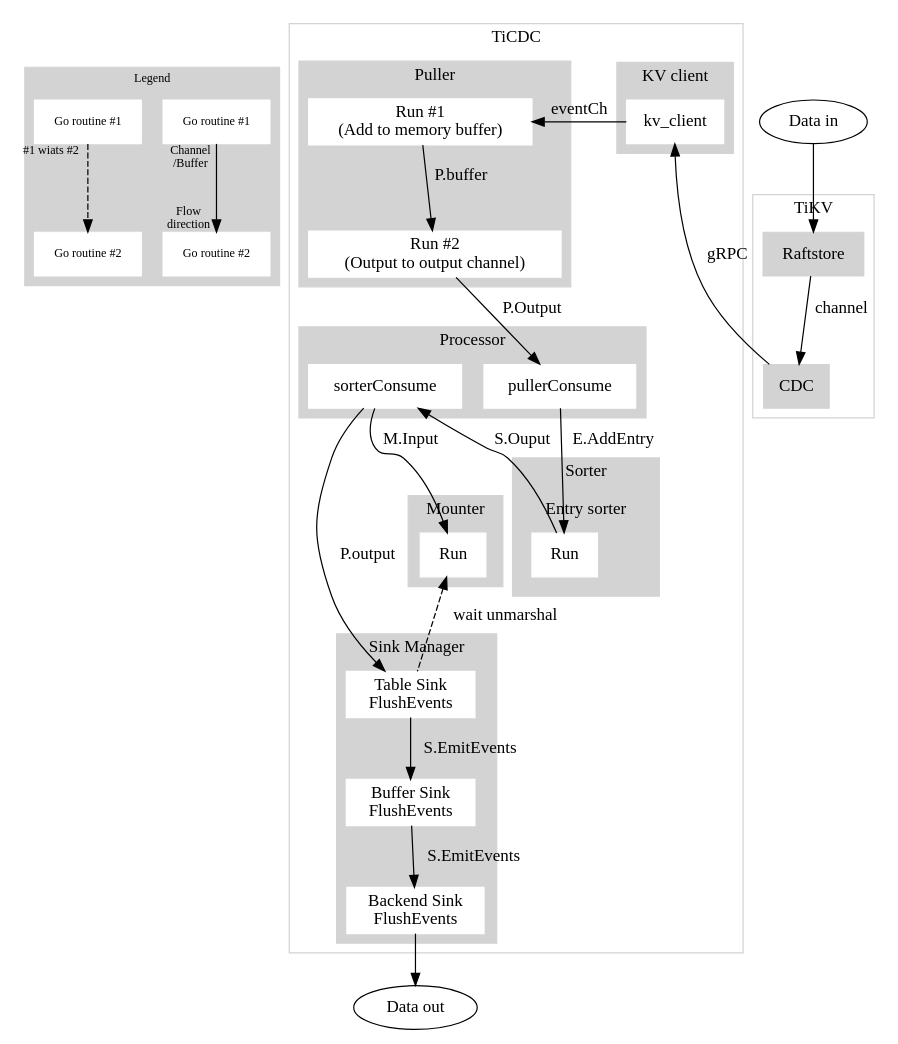
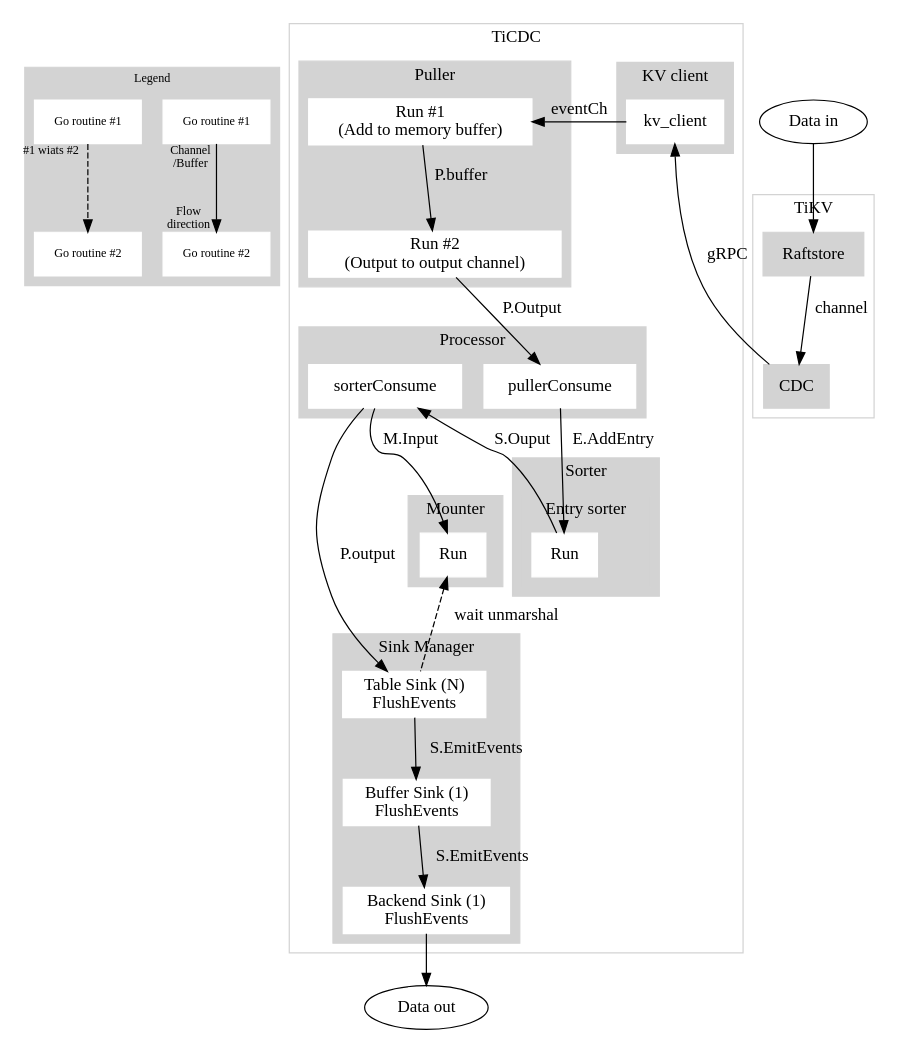
Before and after one commit to pingcap/tiflow: the diagram in docs/data-flow.dot, drawn with Graphviz. The commit also changed 6 other files, not shown here.

```diff
--- a/docs/data-flow.dot
+++ b/docs/data-flow.dot
@@ -1,183 +1,183 @@
 // The data-flow diagram of TiCDC.
 //
 // Run `make data-flow-diagram` to generate data-flow.svg
 //
 // Metrics in TiCDC
 // TiKV -> KV client: ticdc_kvclient_pull_event_count | counter
 //     puller event chan size: ticdc_puller_event_chan_size | gauge
 // KV client -> puller memBuffer: ticdc_puller_kv_event_count | counter
 //     puller memBuffer size: ticdc_puller_mem_buffer_size | gauge
 // puller memBuffer -> puller outputChan: ticdc_puller_txn_collect_event_count | counter
 //     puller outputChan size: ticdc_puller_output_chan_size | gauge
 // puller outputCnan -> sorter unsorted
 //     sorter unsorted size: ticdc_puller_entry_sorter_unsorted_size | gauge
 //     sorter sort duration: ticdc_puller_entry_sorter_sort | duration
 //     sorter merge duration: ticdc_puller_entry_sorter_merge | duration
 // sorter unsorted -> sorter outputCh: missing
 //     sorter outputCh size: ticdc_puller_entry_sorter_output_chan_size | gauge
 // sorter outputCh -> Rectifier outputCh: missing
 // Rectifier outputCh -> processor outputCh: missing
 //                    `-> mounter rawRowChangedChs
 //                             mounter unmarshal duration: ticdc_mounter_unmarshal_and_mount | duration
 //                             mounter rawRowCHangedChs size: ticdc_mounter_input_chan_size | gauge
 // processor outputCh -> sink.EmitRowChangedEvents:
 //     processor outputCh size: ticdc_processor_txn_output_chan_size | gague
 
 digraph Dataflow {
     subgraph cluster_legends {
         label = "Legend";
         fontsize = 10;
         color = lightgrey;
         style = filled;
 
         node [
             style = filled,
             color = white,
             shape = rect,
             fontsize = 10,
             width = 0.5,
             height = 0.5,
         ];
 
         edge [
             labelfontsize = 10,
         ]
 
         flow [
             label = "Go routine #1",
         ]
         flow_ [
             label = "Go routine #2",
         ]
         flow -> flow_ [
             headlabel = "Flow\ndirection",
             taillabel = "Channel\n/Buffer",
         ]
 
         wait [
             label = "Go routine #1",
         ]
         wait_ [
             label = "Go routine #2",
         ]
         wait -> wait_ [
             taillabel = "#1 wiats #2",
             style = "dashed",
         ]
     }
 
     subgraph cluster_tikv {
         label = "TiKV";
         color = lightgrey;
         node [
             style = filled,
             color = lightgrey,
             shape = rect,
         ];
 
         Raftstore -> CDC [label = "channel"]
     }
 
     subgraph cluster_ticdc {
         label = "TiCDC";
         color = lightgrey;
         node [
             style = filled,
             color = white,
             shape = rect,
         ];
 
         CDC -> kv_client [constraint = false, label = "gRPC"]
 
         subgraph cluster_kvclient {
             label = "KV client";
             style = filled;
 
             kv_client
         }
 
         kv_client -> puller_run_step1 [label = "eventCh", constraint = false]
 
         subgraph cluster_processor {
             label = "Processor";
             style = filled;
 
             processor_sorter_consume [label = "sorterConsume"]
             processor_puller_consume [label = "pullerConsume"]
 
         }
             processor_sorter_consume -> table_sink_run [label = "P.output"]
 
         subgraph cluster_puller {
             label = "Puller";
             style = filled;
 
             puller_run_step1 [label = "Run #1\n(Add to memory buffer)"]
             puller_run_step2 [label = "Run #2\n(Output to output channel)"]
 
             puller_run_step1 -> puller_run_step2 [label = "P.buffer"]
             puller_run_step2 -> processor_puller_consume [label = "P.Output"]
         }
 
         processor_puller_consume -> sorter_run [label = "E.AddEntry"]
 
         subgraph cluster_sorter {
             label = "Sorter";
             style = filled;
 
             subgraph cluster_entry_sorter {
                 label = "Entry sorter";
 
                 sorter_run [label = "Run"]
             }
 
         }
 
         sorter_run -> processor_sorter_consume [label = "S.Ouput"]
         processor_sorter_consume -> mounter_run [label = "M.Input"]
         mounter_run -> table_sink_run [
             label = "wait unmarshal",
             style = "dashed",
             dir = back,
         ]
 
         subgraph cluster_mounter {
             label = "Mounter";
             style = filled;
 
             mounter_run [label = "Run"]
         }
 
         subgraph cluster_sink {
             label = "Sink Manager";
             style = filled;
 
             subgraph table_sink {
-                label = "Table Sink";
+                label = "Table Sink (N)";
 
-                table_sink_run [label = "Table Sink\nFlushEvents"]
+                table_sink_run [label = "Table Sink (N)\nFlushEvents"]
             }
 
             subgraph buffer_sink {
-                label = "Buffer Sink";
+                label = "Buffer Sink (1)";
 
-                buffer_sink_run [label = "Buffer Sink\nFlushEvents"]
+                buffer_sink_run [label = "Buffer Sink (1)\nFlushEvents"]
             }
 
             subgraph backend_sink {
-                label = "Backend Sink";
+                label = "Backend Sink (1)";
 
-                backend_sink_run [label = "Backend Sink\nFlushEvents"]
+                backend_sink_run [label = "Backend Sink (1)\nFlushEvents"]
             }
 
             table_sink_run -> buffer_sink_run [label = "S.EmitEvents"]
             buffer_sink_run -> backend_sink_run [label = "S.EmitEvents"]
         }
     }
 
     data_in [label = "Data in", shape = oval]
     data_in -> Raftstore
 
     data_out [label = "Data out", shape = oval]
     backend_sink_run -> data_out
 }
```
